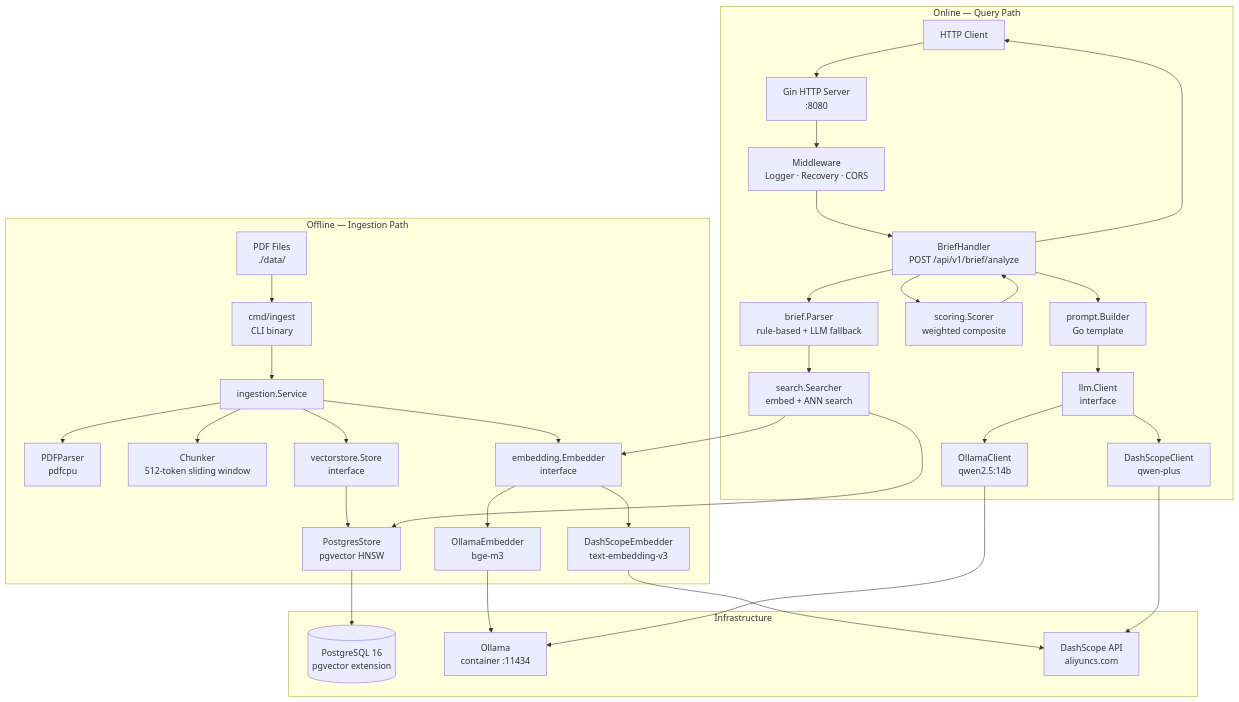
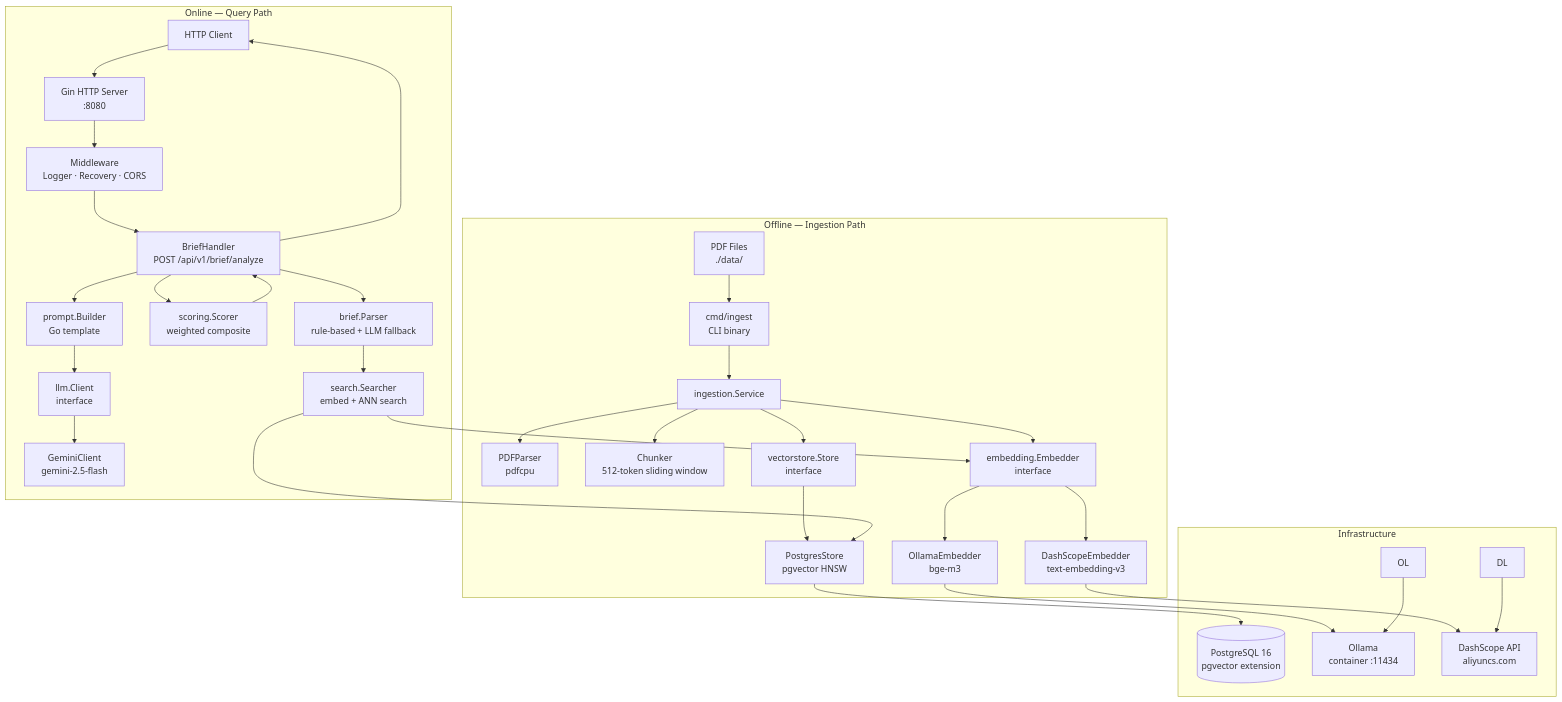
The first of 4 diagrams in architecture.md (huypqse/kolsense_platform), drawn with Mermaid before and after one commit. The commit also changed other lines of this file and 55 other files, not shown here.

````diff
--- a/architecture.md
+++ b/architecture.md
@@ -36,39 +35,38 @@
 ```mermaid
 graph TD
     subgraph "Offline — Ingestion Path"
         PDF[PDF Files<br/>./data/] --> CLI[cmd/ingest<br/>CLI binary]
         CLI --> IS[ingestion.Service]
         IS --> PDFp[PDFParser<br/>pdfcpu]
         IS --> CHK[Chunker<br/>512-token sliding window]
         IS --> EMB[embedding.Embedder<br/>interface]
         EMB --> OE[OllamaEmbedder<br/>bge-m3]
         EMB --> DE[DashScopeEmbedder<br/>text-embedding-v3]
         IS --> VS[vectorstore.Store<br/>interface]
         VS --> PG[PostgresStore<br/>pgvector HNSW]
     end
 
     subgraph "Online — Query Path"
         Client[HTTP Client] --> GIN[Gin HTTP Server<br/>:8080]
         GIN --> MW[Middleware<br/>Logger · Recovery · CORS]
         MW --> BH[BriefHandler<br/>POST /api/v1/brief/analyze]
         BH --> BP[brief.Parser<br/>rule-based + LLM fallback]
         BP --> SR[search.Searcher<br/>embed + ANN search]
         SR --> EMB
         SR --> PG
         BH --> SC[scoring.Scorer<br/>weighted composite]
         SC --> BH
         BH --> PRB[prompt.Builder<br/>Go template]
         PRB --> LLM[llm.Client<br/>interface]
-        LLM --> OL[OllamaClient<br/>qwen2.5:14b]
-        LLM --> DL[DashScopeClient<br/>qwen-plus]
+        LLM --> GL[GeminiClient<br/>gemini-2.5-flash]
         BH --> Client
     end
 
     subgraph "Infrastructure"
         PG --> PGDB[(PostgreSQL 16<br/>pgvector extension)]
         OE --> OLLAMA[Ollama<br/>container :11434]
         OL --> OLLAMA
         DE --> DSAPI[DashScope API<br/>aliyuncs.com]
         DL --> DSAPI
     end
 ```
````
